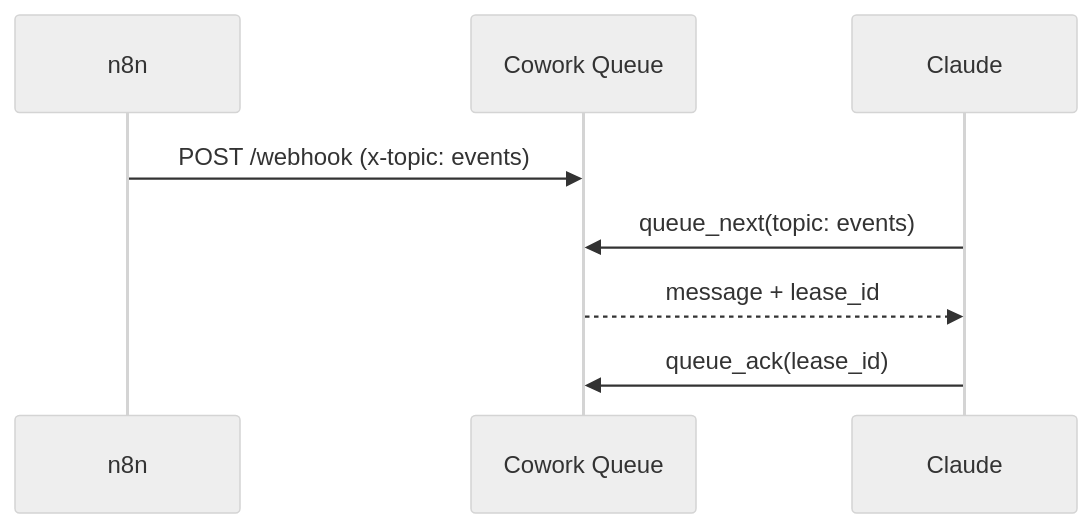
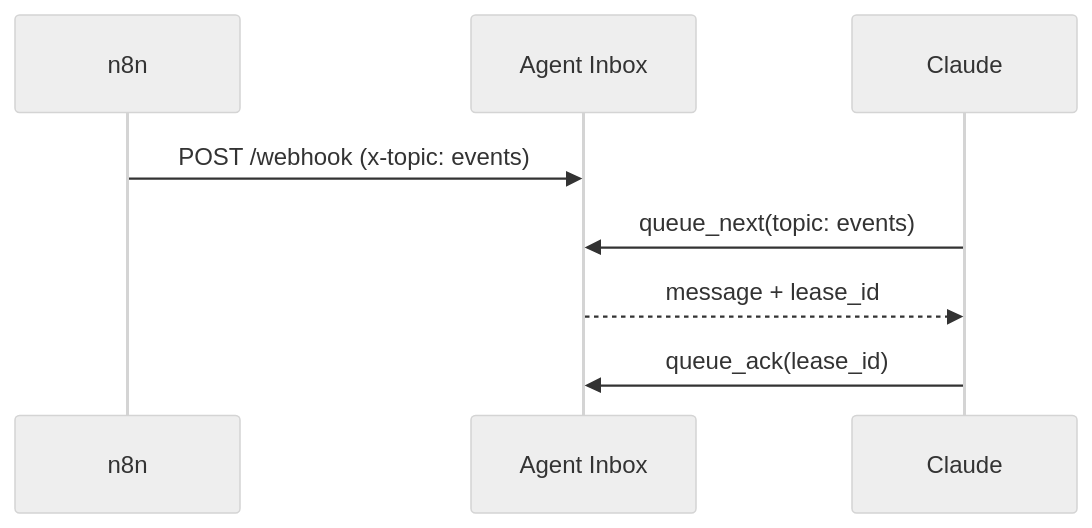
The first of 2 diagrams in docs/cas-d-usage.md (KlevisGolemi/agent-inbox), drawn with Mermaid (neutral theme) before and after one commit. The commit also changed other lines of this file and 46 other files, not shown here.

Commit message:
refactor: renommer le projet en Agent Inbox

````diff
--- a/docs/cas-d-usage.md
+++ b/docs/cas-d-usage.md
@@ -11,10 +11,10 @@
 ```mermaid
 sequenceDiagram
   participant N as n8n
-  participant Q as Cowork Queue
+  participant Q as Agent Inbox
   participant C as Claude
   N->>Q: POST /webhook (x-topic: events)
   C->>Q: queue_next(topic: events)
   Q-->>C: message + lease_id
   C->>Q: queue_ack(lease_id)
 ```
````
